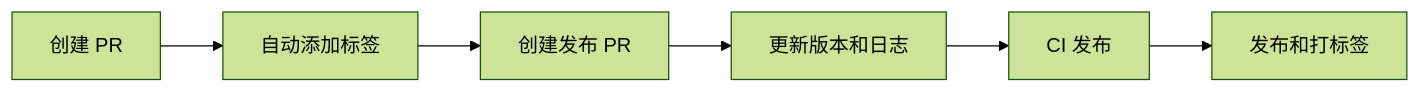
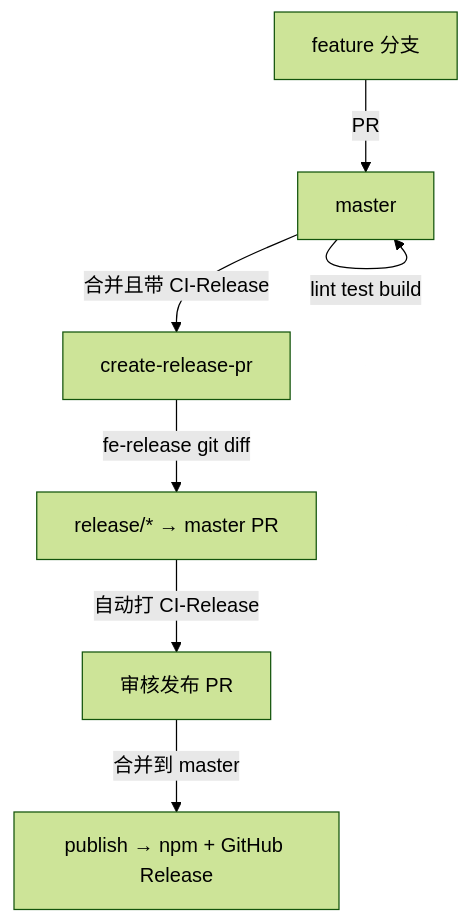
Before and after one commit to qlover/fe-base: the diagram in packages/fe-release/README.md, drawn with Mermaid (forest theme). The commit also changed other lines of this file and 101 other files, not shown here.

````diff
--- a/packages/fe-release/README.md
+++ b/packages/fe-release/README.md
@@ -210,8 +221,9 @@
 ```mermaid
-graph LR
-    A[创建 PR] --> B[自动添加标签]
-    B --> C[创建发布 PR]
-    C --> D[更新版本和日志]
-    D --> E[CI 发布]
-    E --> F[发布和打标签]
+graph TD
+    A[feature 分支] -->|PR| B[master]
+    B -->|lint test build| B
+    B -->|合并且带 CI-Release| C[create-release-pr]
+    C -->|fe-release git diff| D[release/* → master PR]
+    D -->|自动打 CI-Release| E[审核发布 PR]
+    E -->|合并到 master| F[publish → npm + GitHub Release]
 ```
````
